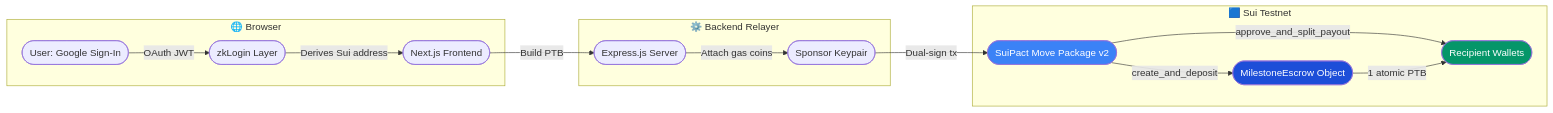
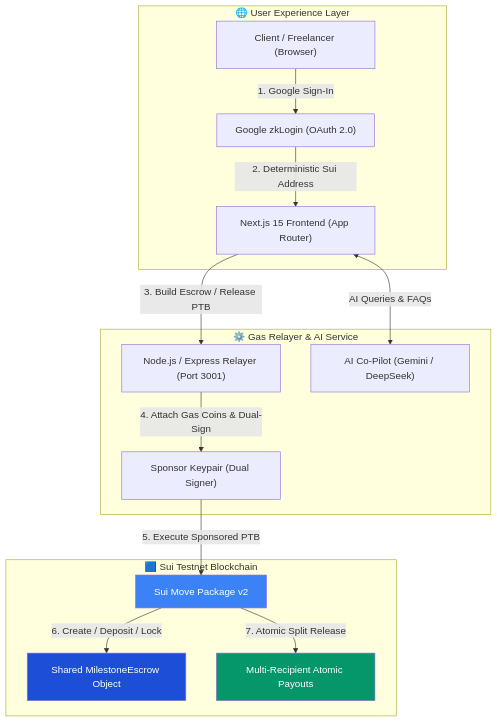
Before and after one commit to nadyieAzil/mubaBlockChain: the first of 2 diagrams in README.md, drawn with Mermaid. The commit also changed other lines of this file and 1 other file, not shown here.

Commit message:
docs: update README.md with comprehensive judges reference, evaluation rubric, and project architecture

````diff
--- a/README.md
+++ b/README.md
@@ -58,32 +81,33 @@
 ```mermaid
-flowchart LR
-    subgraph Browser["🌐 Browser"]
-        A(["User: Google Sign-In"])
-        B(["zkLogin Layer"])
-        C(["Next.js Frontend"])
+flowchart TD
+    subgraph ClientLayer["🌐 User Experience Layer"]
+        A["Client / Freelancer (Browser)"]
+        B["Google zkLogin (OAuth 2.0)"]
+        C["Next.js 15 Frontend (App Router)"]
     end
 
-    subgraph Backend["⚙️ Backend Relayer"]
-        D(["Express.js Server"])
-        E(["Sponsor Keypair"])
+    subgraph ServiceLayer["⚙️ Gas Relayer & AI Service"]
+        D["Node.js / Express Relayer (Port 3001)"]
+        E["Sponsor Keypair (Dual Signer)"]
+        F["AI Co-Pilot (Gemini / DeepSeek)"]
     end
 
-    subgraph Sui["🟦 Sui Testnet"]
-        F(["SuiPact Move Package v2"])
-        G(["MilestoneEscrow Object"])
-        H(["Recipient Wallets"])
+    subgraph SuiLayer["🟦 Sui Testnet Blockchain"]
+        G["Sui Move Package v2"]
+        H["Shared MilestoneEscrow Object"]
+        I["Multi-Recipient Atomic Payouts"]
     end
 
-    A -- OAuth JWT --> B
-    B -- Derives Sui address --> C
-    C -- Build PTB --> D
-    D -- Attach gas coins --> E
-    E -- Dual-sign tx --> F
-    F -- create_and_deposit --> G
-    F -- approve_and_split_payout --> H
-    G -- 1 atomic PTB --> H
+    A -->|"1. Google Sign-In"| B
+    B -->|"2. Deterministic Sui Address"| C
+    C -->|"3. Build Escrow / Release PTB"| D
+    D -->|"4. Attach Gas Coins & Dual-Sign"| E
+    E -->|"5. Execute Sponsored PTB"| G
+    G -->|"6. Create / Deposit / Lock"| H
+    G -->|"7. Atomic Split Release"| I
+    C <-->|"AI Queries & FAQs"| F
 
-    style F fill:#3b82f6,color:#fff
-    style G fill:#1d4ed8,color:#fff
-    style H fill:#059669,color:#fff
+    style G fill:#3b82f6,color:#fff
+    style H fill:#1d4ed8,color:#fff
+    style I fill:#059669,color:#fff
 ```
````
